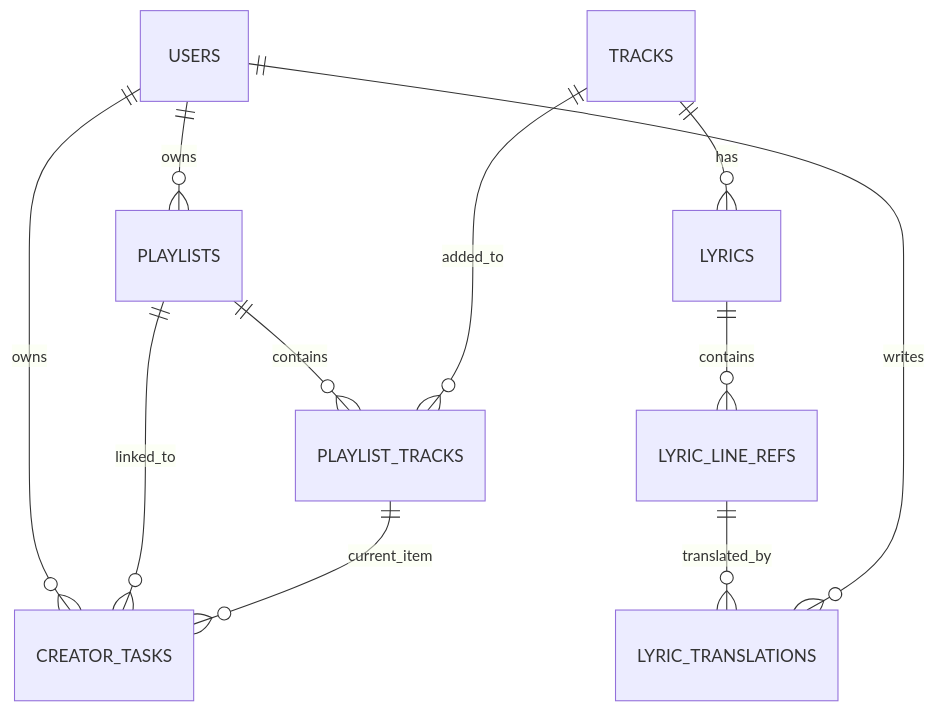
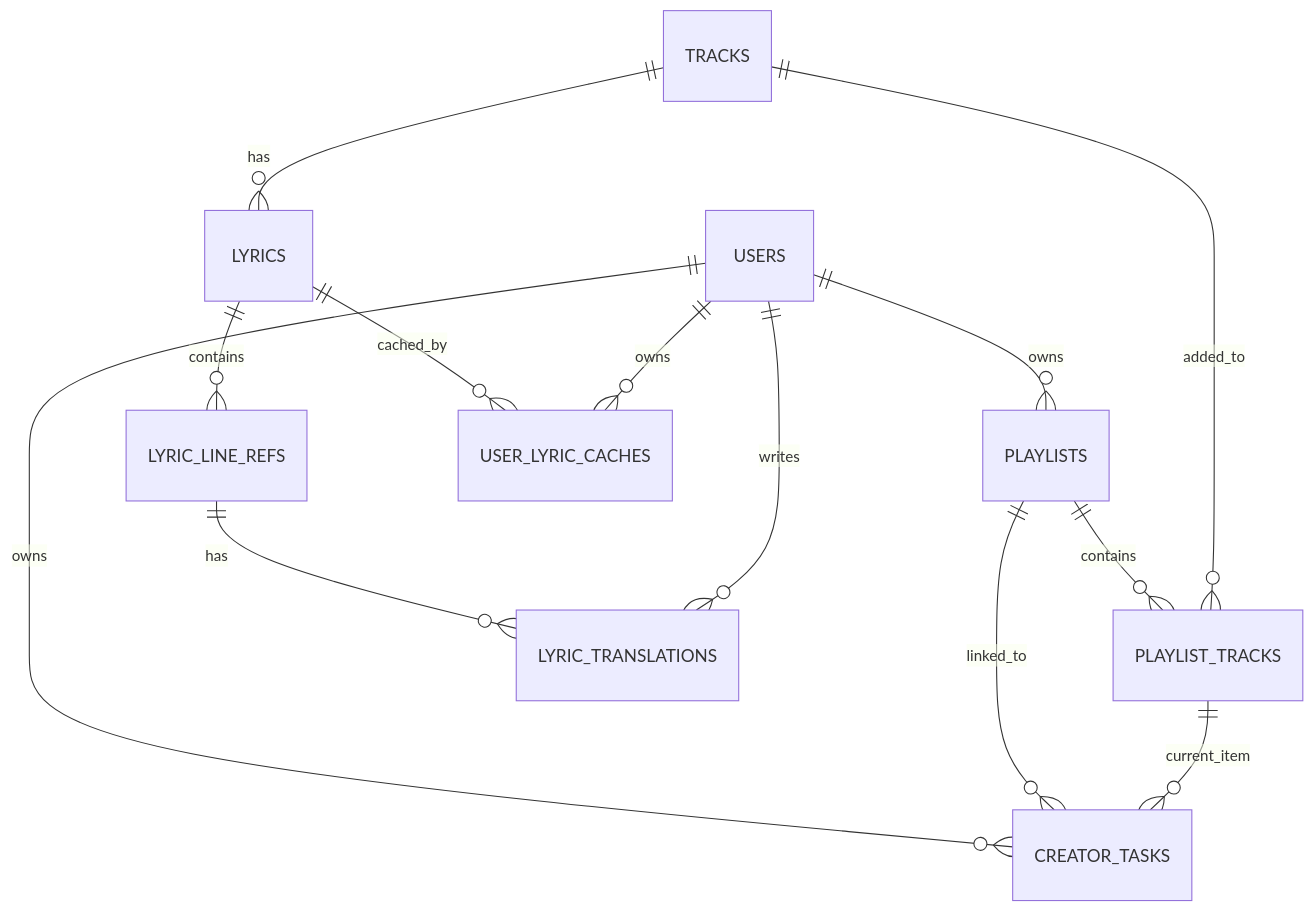
Before and after one commit to Song991123/KuroStep: the second of 2 diagrams in README.md, drawn with Mermaid. The commit also changed other lines of this file and 4 other files, not shown here.

````diff
--- a/README.md
+++ b/README.md
@@ -105,13 +74,15 @@
 ```mermaid
 erDiagram
     USERS ||--o{ CREATOR_TASKS : owns
     USERS ||--o{ PLAYLISTS : owns
     PLAYLISTS ||--o{ PLAYLIST_TRACKS : contains
     TRACKS ||--o{ PLAYLIST_TRACKS : added_to
     PLAYLISTS ||--o{ CREATOR_TASKS : linked_to
     PLAYLIST_TRACKS ||--o{ CREATOR_TASKS : current_item
     TRACKS ||--o{ LYRICS : has
     LYRICS ||--o{ LYRIC_LINE_REFS : contains
-    LYRIC_LINE_REFS ||--o{ LYRIC_TRANSLATIONS : translated_by
+    LYRICS ||--o{ USER_LYRIC_CACHES : cached_by
+    USERS ||--o{ USER_LYRIC_CACHES : owns
+    LYRIC_LINE_REFS ||--o{ LYRIC_TRANSLATIONS : has
     USERS ||--o{ LYRIC_TRANSLATIONS : writes
 ```
````
